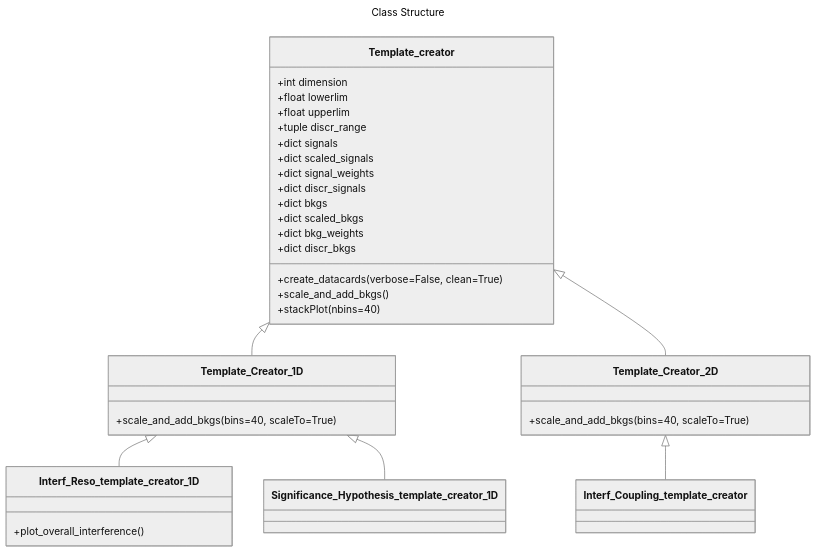
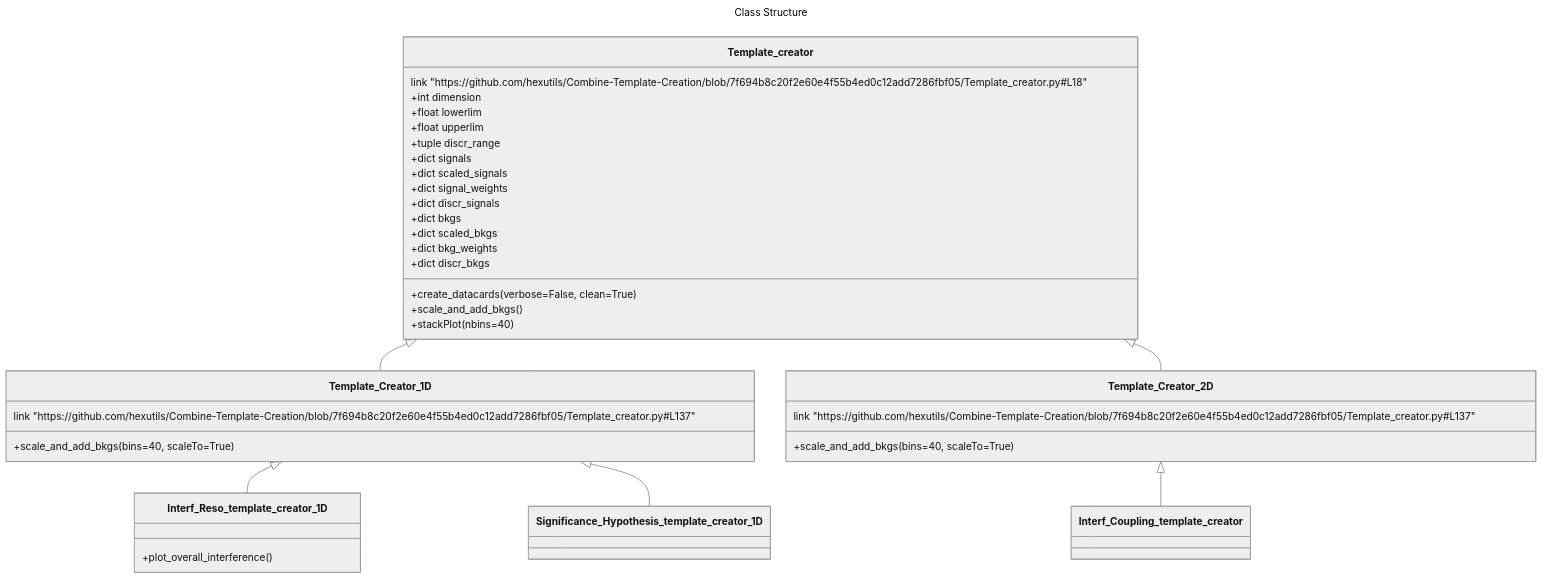
Before and after one commit to hexutils/Combine-Template-Creation: the diagram in README.md, drawn with Mermaid (neutral theme). The commit also changed 4 other files, not shown here.

````diff
--- a/README.md
+++ b/README.md
@@ -27,42 +27,44 @@
 ```mermaid
 ---
 title: Class Structure
 ---
 classDiagram
   Template_creator <|-- Template_Creator_1D
   Template_creator <|-- Template_Creator_2D
   Template_Creator_2D <|-- Interf_Coupling_template_creator
   Template_Creator_1D <|-- Interf_Reso_template_creator_1D
   Template_Creator_1D <|-- Significance_Hypothesis_template_creator_1D
   class Template_creator{
+    link "https://github.com/hexutils/Combine-Template-Creation/blob/7f694b8c20f2e60e4f55b4ed0c12add7286fbf05/Template_creator.py#L18"
     +int dimension
     +float lowerlim
     +float upperlim
     +tuple discr_range
     +dict signals
     +dict scaled_signals
     +dict signal_weights
     +dict discr_signals
     +dict bkgs
     +dict scaled_bkgs
     +dict bkg_weights
     +dict discr_bkgs
     +create_datacards(verbose=False, clean=True)
     +scale_and_add_bkgs()
     +stackPlot(nbins=40)
   }
   class Template_Creator_1D{
+    link "https://github.com/hexutils/Combine-Template-Creation/blob/7f694b8c20f2e60e4f55b4ed0c12add7286fbf05/Template_creator.py#L137"
     +scale_and_add_bkgs(bins=40, scaleTo=True)
   }
   class Template_Creator_2D{
+    link "https://github.com/hexutils/Combine-Template-Creation/blob/7f694b8c20f2e60e4f55b4ed0c12add7286fbf05/Template_creator.py#L137"
     +scale_and_add_bkgs(bins=40, scaleTo=True)
   }
   class Interf_Coupling_template_creator{
   }
   class Interf_Reso_template_creator_1D{
     +plot_overall_interference()
   }
   class Significance_Hypothesis_template_creator_1D{
   }
-
 ```
````
